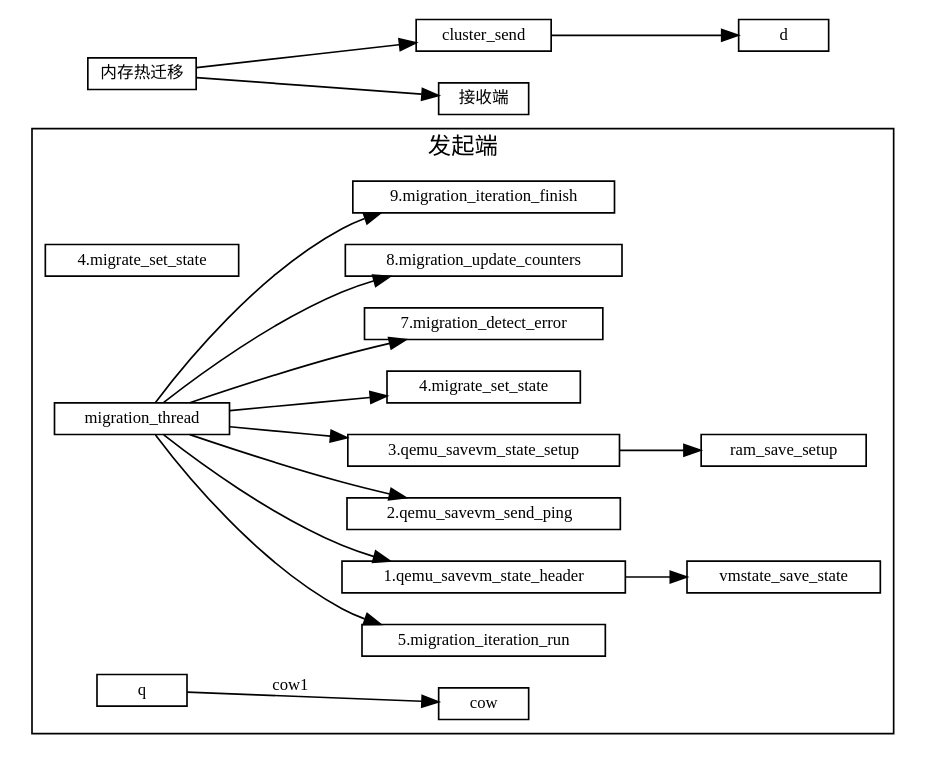
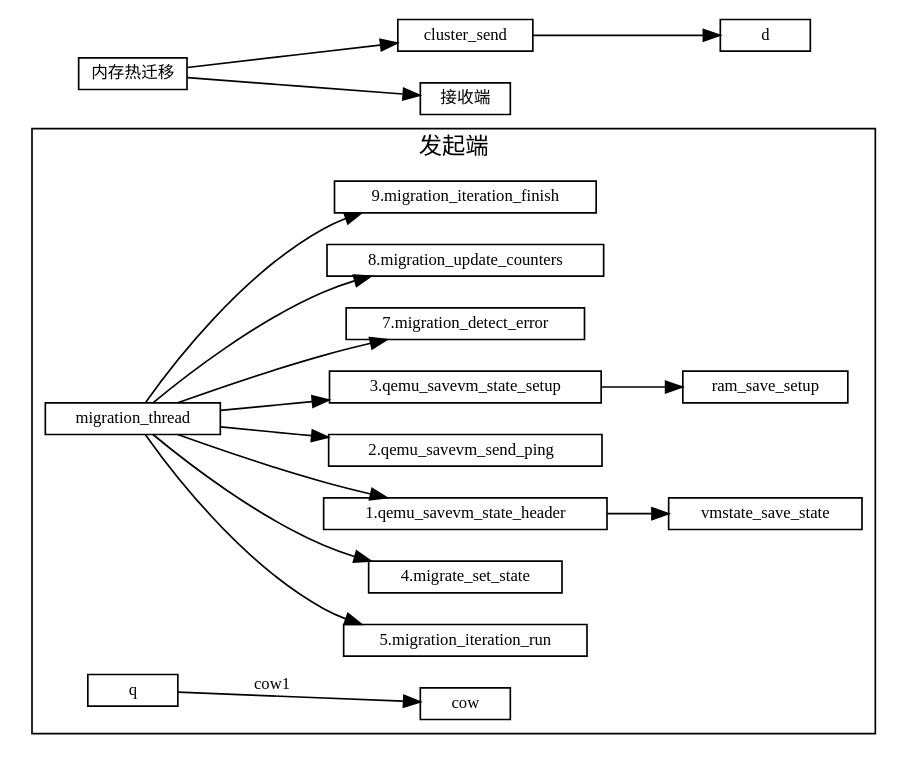
The diagram in 虚拟化/热迁移/1-内存热迁移.md (sisyphus1212/note), drawn with Graphviz before and after one commit.

Commit message:
auto_update

````diff
--- a/虚拟化/热迁移/1-内存热迁移.md
+++ b/虚拟化/热迁移/1-内存热迁移.md
@@ -11,36 +11,36 @@
 ```graphviz
 digraph {
 fontname="Helvetica,Arial,sans-serif"
 //node [fontname="Helvetica,Arial,sans-serif"]
 //edge [fontname="Helvetica,Arial,sans-serif"]
 rankdir="LR"
 node [fontsize=10, shape=record, height=0.25]
 edge [fontsize=10]
 
   subgraph send {
     cluster=true;
     label="发起端";
     migration_iteration_run[label="5.migration_iteration_run"]
     migrate_set_state[label="4.migrate_set_state"];
     migration_thread -> "1.qemu_savevm_state_header"
                      -> vmstate_save_state;
     migration_thread -> "2.qemu_savevm_send_ping  ";
     migration_thread -> "3.qemu_savevm_state_setup"
                      ->   ram_save_setup;
-    migration_thread ->  "4.migrate_set_state";
+    migration_thread ->  migrate_set_state;
     migration_thread ->  migration_iteration_run;
 
     migration_thread ->  "7.migration_detect_error";
     migration_thread ->  "8.migration_update_counters";
     migration_thread ->  "9.migration_iteration_finish";
 
     q -> cow[label="cow1"];
   }
 
 内存热迁移 [label="内存热迁移"]
 内存热迁移 -> cluster_send
            -> d
 
 内存热迁移 -> 接收端
 }
 ```
````
